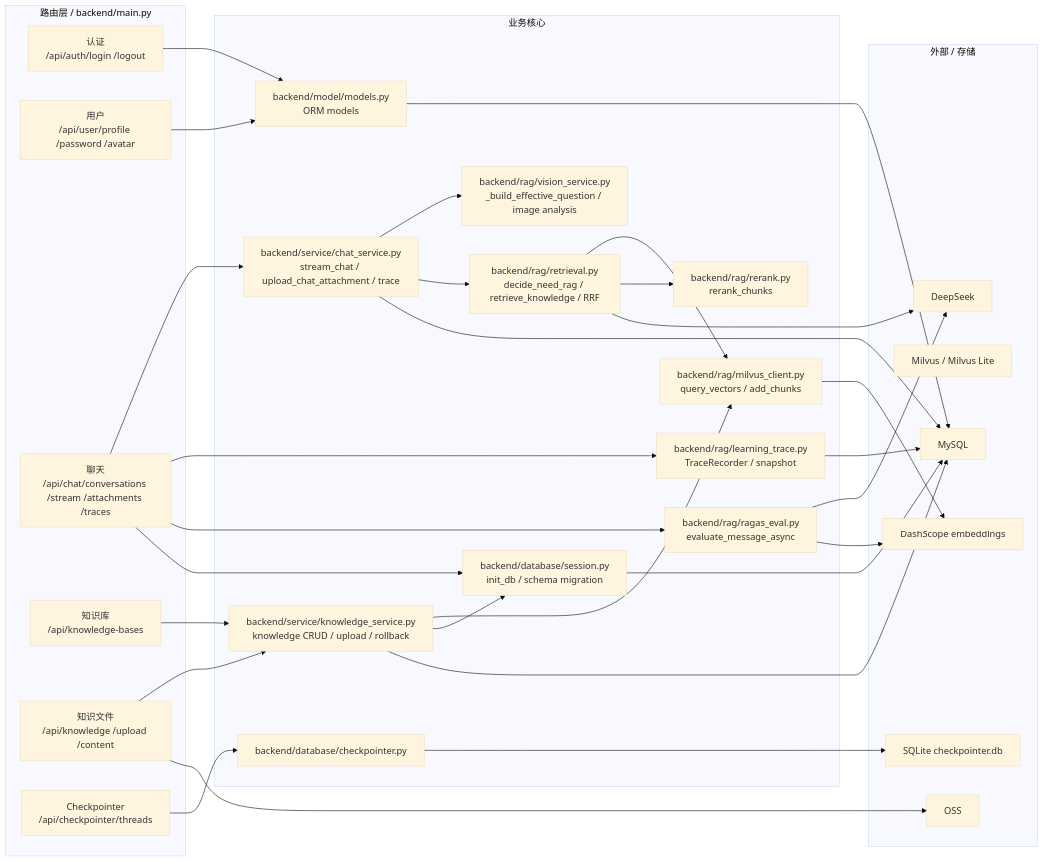
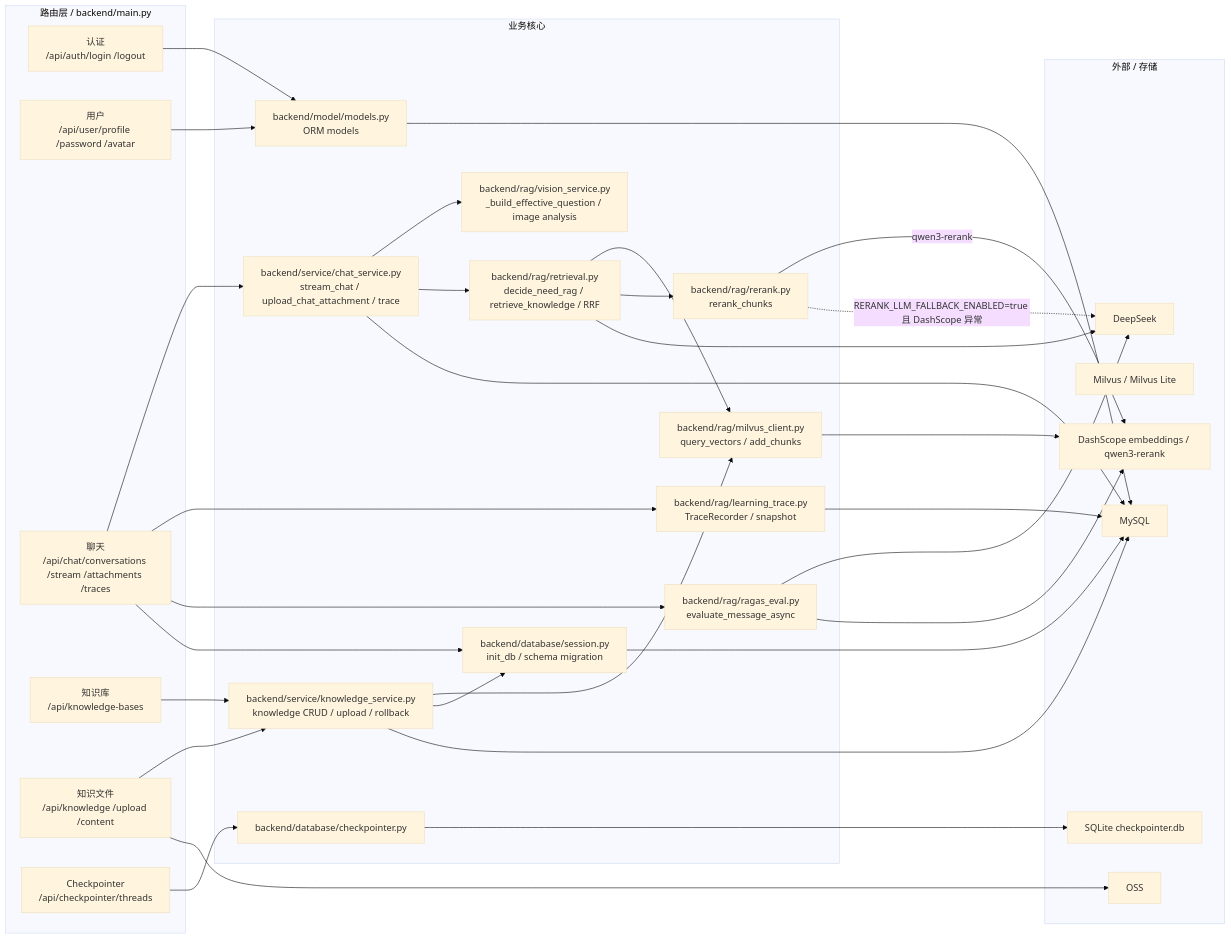
One commit to baiye-banned/Agent_about_answer changed the third of 8 diagrams in docs/PROJECT_ARCHITECTURE_FULL.md. Above: the diagram before and after it, drawn with Mermaid (base theme). The commit also changed other lines of this file, not shown here.

First line of the commit message:
docs(architecture): correct rerank chain to DashScope qwen3-rerank primary

````diff
--- a/docs/PROJECT_ARCHITECTURE_FULL.md
+++ b/docs/PROJECT_ARCHITECTURE_FULL.md
@@ -151,62 +152,64 @@
 ```mermaid
 flowchart LR
   subgraph Routes["路由层 / backend/main.py"]
     Auth["认证<br/>/api/auth/login /logout"]
     User["用户<br/>/api/user/profile /password /avatar"]
     Chat["聊天<br/>/api/chat/conversations /stream /attachments /traces"]
     KB["知识库<br/>/api/knowledge-bases"]
     Files["知识文件<br/>/api/knowledge /upload /content"]
     CheckpointerRoute["Checkpointer<br/>/api/checkpointer/threads"]
   end
 
   subgraph Core["业务核心"]
     DB["backend/database/session.py<br/>init_db / schema migration"]
     Models["backend/model/models.py<br/>ORM models"]
     ChatSvc["backend/service/chat_service.py<br/>stream_chat / upload_chat_attachment / trace"]
     KnowledgeSvc["backend/service/knowledge_service.py<br/>knowledge CRUD / upload / rollback"]
     VisionSvc["backend/rag/vision_service.py<br/>_build_effective_question / image analysis"]
     Retrieval["backend/rag/retrieval.py<br/>decide_need_rag / retrieve_knowledge / RRF"]
     RerankSvc["backend/rag/rerank.py<br/>rerank_chunks"]
     MilvusClient["backend/rag/milvus_client.py<br/>query_vectors / add_chunks"]
     Trace["backend/rag/learning_trace.py<br/>TraceRecorder / snapshot"]
     Ragas["backend/rag/ragas_eval.py<br/>evaluate_message_async"]
     Checkpointer["backend/database/checkpointer.py"]
   end
 
   subgraph Services["外部 / 存储"]
     MySQL["MySQL"]
     Milvus["Milvus / Milvus Lite"]
     OSS["OSS"]
     DeepSeek["DeepSeek"]
-    DashScope["DashScope embeddings"]
+    DashScope["DashScope embeddings / qwen3-rerank"]
     SQLite["SQLite checkpointer.db"]
   end
 
   Auth --> Models
   User --> Models
   Chat --> ChatSvc
   KB --> KnowledgeSvc
   Files --> KnowledgeSvc
   ChatSvc --> VisionSvc
   ChatSvc --> Retrieval
   KnowledgeSvc --> MilvusClient
   KnowledgeSvc --> DB
   Retrieval --> MilvusClient
   Retrieval --> RerankSvc
+  RerankSvc -->|"qwen3-rerank"| DashScope
+  RerankSvc -.->|"RERANK_LLM_FALLBACK_ENABLED=true 且 DashScope 异常"| DeepSeek
   Chat --> Trace
   Chat --> Ragas
   Chat --> DB
   CheckpointerRoute --> Checkpointer
 
   DB --> MySQL
   Models --> MySQL
   ChatSvc --> MySQL
   KnowledgeSvc --> MySQL
   Retrieval --> DeepSeek
   MilvusClient --> DashScope
   Trace --> MySQL
   Ragas --> DeepSeek
   Ragas --> DashScope
   Checkpointer --> SQLite
   Files --> OSS
 ```
````
